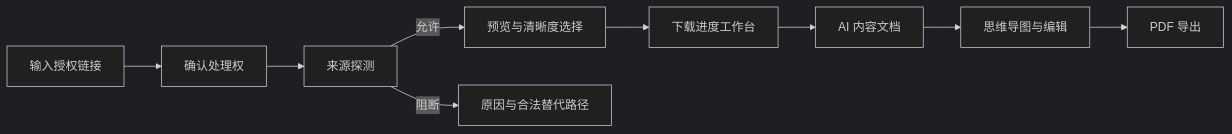
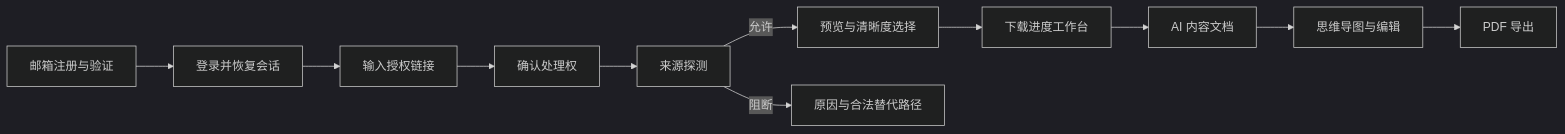
The diagram in docs/design/001-授权视频工作台体验设计.md (StephenQiu30/video-app), drawn with Mermaid (dark theme) before and after one commit. The commit also changed other lines of this file and 16 other files, not shown here.

Commit message:
docs: refreeze email authentication flow

````diff
--- a/docs/design/001-授权视频工作台体验设计.md
+++ b/docs/design/001-授权视频工作台体验设计.md
@@ -25,11 +26,13 @@
 ```mermaid
 flowchart LR
-  A["输入授权链接"] --> B["确认处理权"]
-  B --> C["来源探测"]
-  C -->|允许| D["预览与清晰度选择"]
-  C -->|阻断| X["原因与合法替代路径"]
-  D --> E["下载进度工作台"]
-  E --> F["AI 内容文档"]
-  F --> G["思维导图与编辑"]
-  G --> H["PDF 导出"]
+  A["邮箱注册与验证"] --> B["登录并恢复会话"]
+  B --> C["输入授权链接"]
+  C --> D["确认处理权"]
+  D --> E["来源探测"]
+  E -->|允许| F["预览与清晰度选择"]
+  E -->|阻断| X["原因与合法替代路径"]
+  F --> G["下载进度工作台"]
+  G --> H["AI 内容文档"]
+  H --> I["思维导图与编辑"]
+  I --> J["PDF 导出"]
 ```
````
